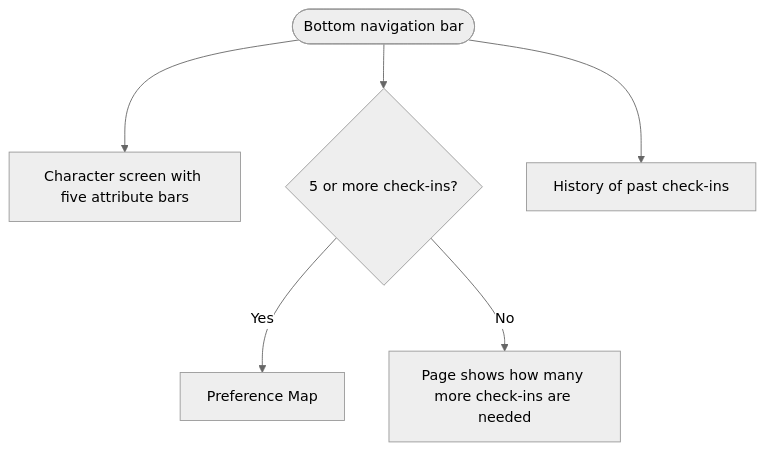
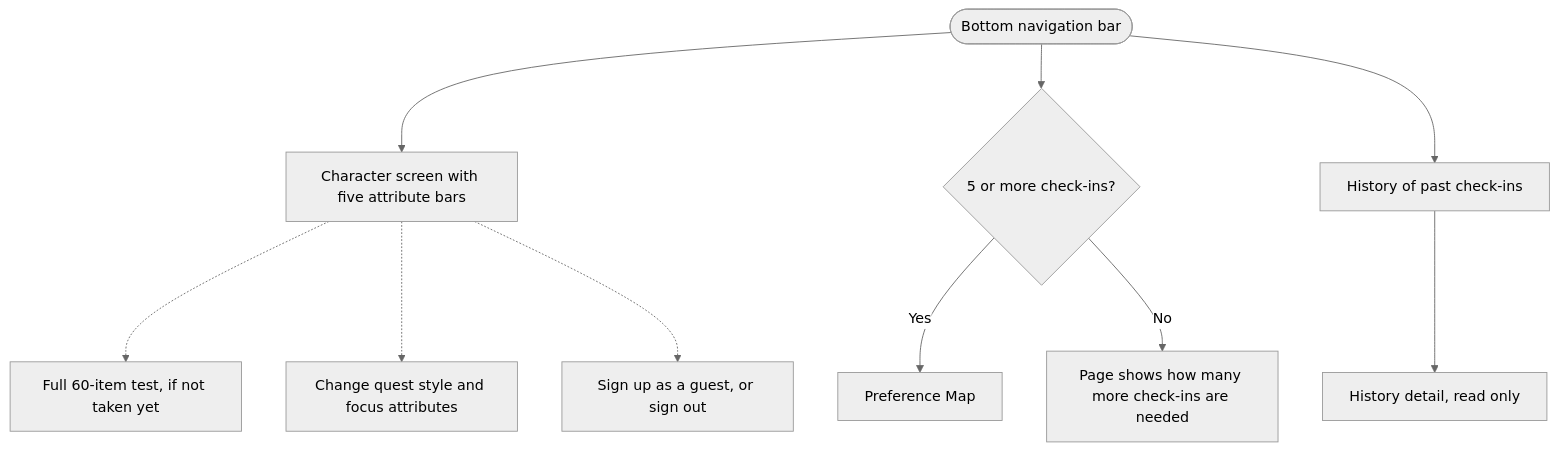
The third of 3 diagrams in docs/user-flows.md (Tara-Y-ops/Me-online), drawn with Mermaid before and after one commit. The commit also changed other lines of this file, not shown here.

Commit message:
docs: update user flows to match the current app

````diff
--- a/docs/user-flows.md
+++ b/docs/user-flows.md
@@ -62,9 +72,13 @@
 ```mermaid
 %%{init: {'theme': 'neutral'}}%%
 flowchart TD
     A([Bottom navigation bar]) --> B[Character screen with five attribute bars]
     A --> C{5 or more check-ins?}
     A --> D[History of past check-ins]
+    B -.-> B1[Full 60-item test, if not taken yet]
+    B -.-> B2[Change quest style and focus attributes]
+    B -.-> B3[Sign up as a guest, or sign out]
     C -->|Yes| E[Preference Map]
     C -->|No| F[Page shows how many more check-ins are needed]
+    D --> D1[History detail, read only]
 ```
````
